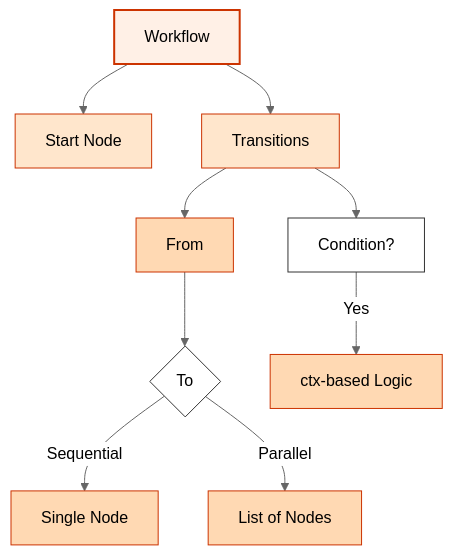
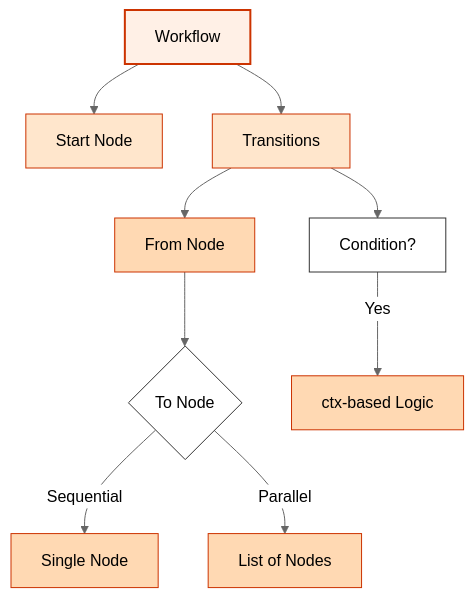
One commit to quantalogic/quantalogic changed the fourth of 6 diagrams in quantalogic/flow/flow_yaml.md. Above: the diagram before and after it, drawn with Mermaid (neutral theme). The commit also changed other lines of this file and 9 other files, not shown here.

````diff
--- a/quantalogic/flow/flow_yaml.md
+++ b/quantalogic/flow/flow_yaml.md
@@ -262,20 +264,20 @@
 ```mermaid
 graph TD
     A[Workflow] --> B[Start Node]
     A --> C[Transitions]
-    C --> D[From]
-    D --> E{To}
+    C --> D[From Node]
+    D --> E{To Node}
     E -->|Sequential| F[Single Node]
     E -->|Parallel| G[List of Nodes]
     C --> H[Condition?]
     H -->|Yes| I[ctx-based Logic]
     style A fill:#fff0e6,stroke:#cc3300,stroke-width:2px
     style B fill:#ffe6cc,stroke:#cc3300
     style C fill:#ffe6cc,stroke:#cc3300
     style D fill:#ffd9b3,stroke:#cc3300
     style E fill:#fff,stroke:#333
     style F fill:#ffd9b3,stroke:#cc3300
     style G fill:#ffd9b3,stroke:#cc3300
     style H fill:#fff,stroke:#333
     style I fill:#ffd9b3,stroke:#cc3300
 ```
````
